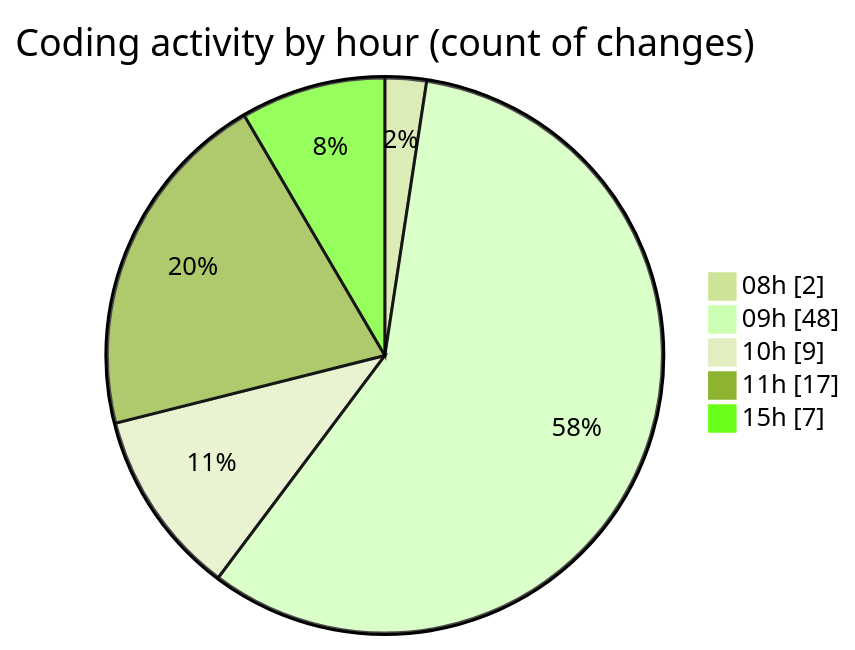
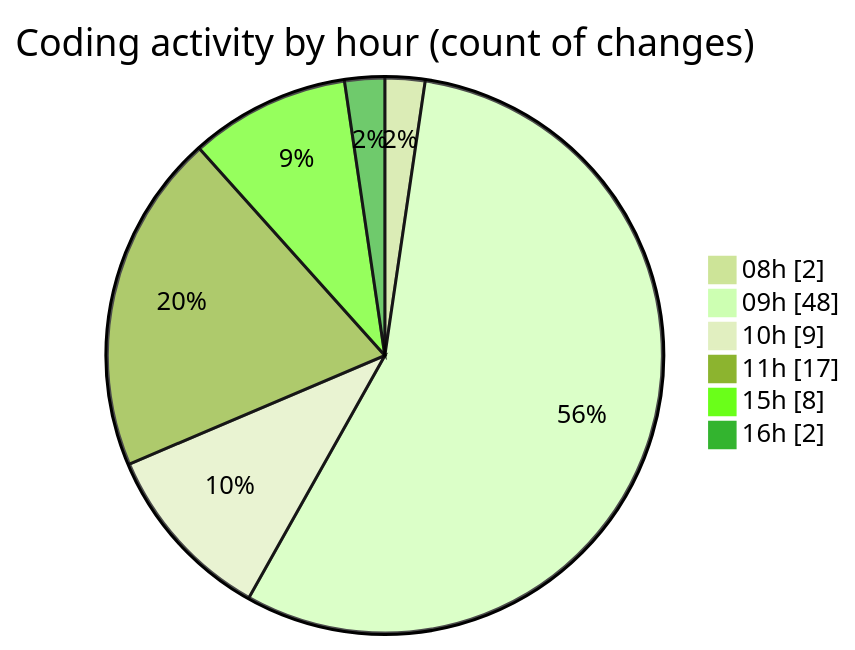
Before and after one commit to momahboobian/code-tracking: the second of 2 diagrams in 2026-06-10/cda/README.md, drawn with Mermaid (forest theme). The commit also changed other lines of this file and 1 other file, not shown here.

````diff
--- a/2026-06-10/cda/README.md
+++ b/2026-06-10/cda/README.md
@@ -73,9 +76,10 @@
 ```mermaid
 pie showData
 title Coding activity by hour (count of changes)
 "08h" : 2
 "09h" : 48
 "10h" : 9
 "11h" : 17
-"15h" : 7
+"15h" : 8
+"16h" : 2
 ```
````
